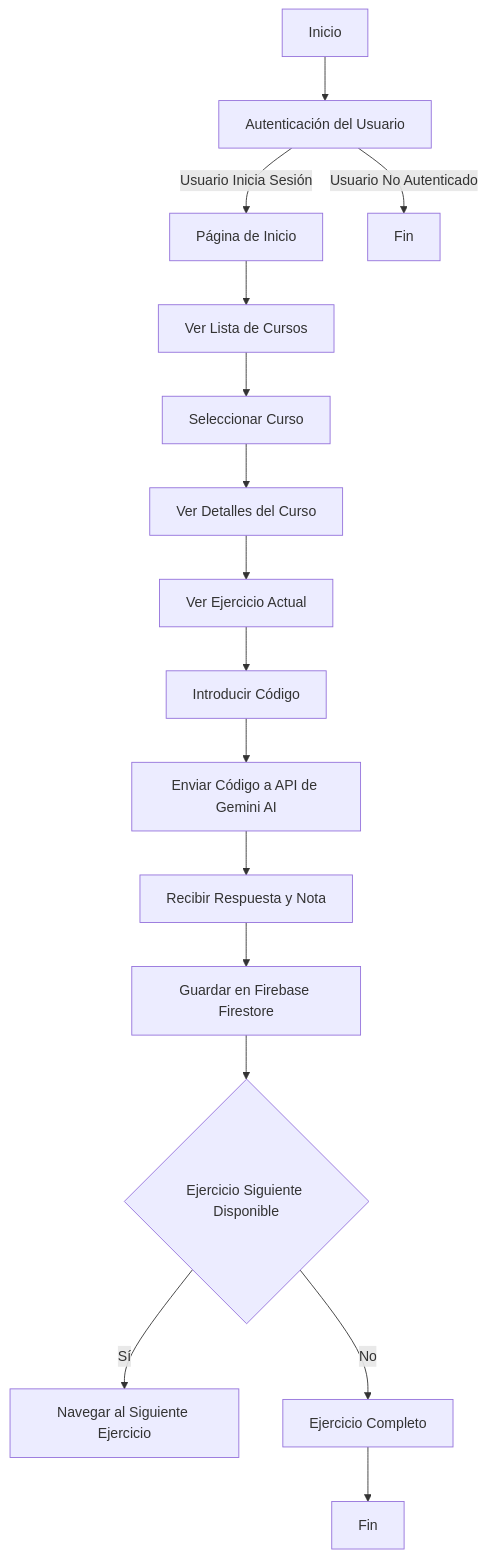
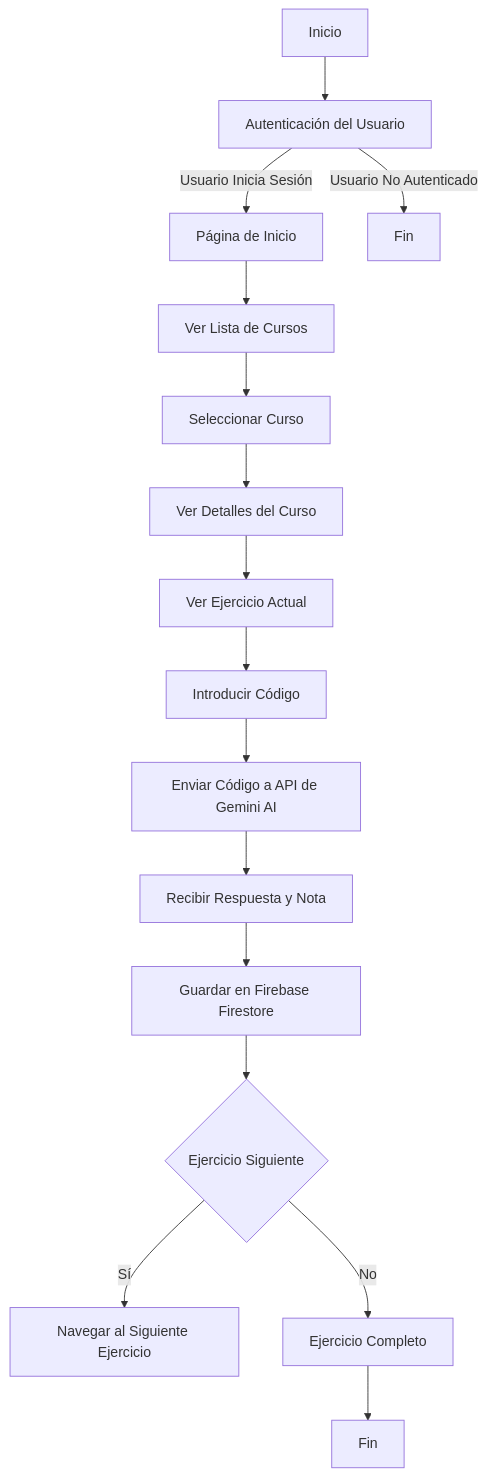
Before and after one commit to AlvaroSR-dev/TFG-DAW: the diagram in README.md, drawn with Mermaid.

````diff
--- a/README.md
+++ b/README.md
@@ -5,18 +5,18 @@
 ```mermaid
 graph TD
 A[Inicio] --> B[Autenticación del Usuario]
 B -->|Usuario Inicia Sesión| C[Página de Inicio]
 B -->|Usuario No Autenticado| D[Fin]
 C --> E[Ver Lista de Cursos]
 E --> F[Seleccionar Curso]
 F --> G[Ver Detalles del Curso]
 G --> H[Ver Ejercicio Actual]
 H --> I[Introducir Código]
 I --> J[Enviar Código a API de Gemini AI]
 J --> K[Recibir Respuesta y Nota]
 K --> L[Guardar en Firebase Firestore]
-L --> M{Ejercicio Siguiente Disponible}
+L --> M{Ejercicio Siguiente}
 M -->|Sí| N[Navegar al Siguiente Ejercicio]
 M -->|No| O[Ejercicio Completo]
 O --> P[Fin]
 ```
````
